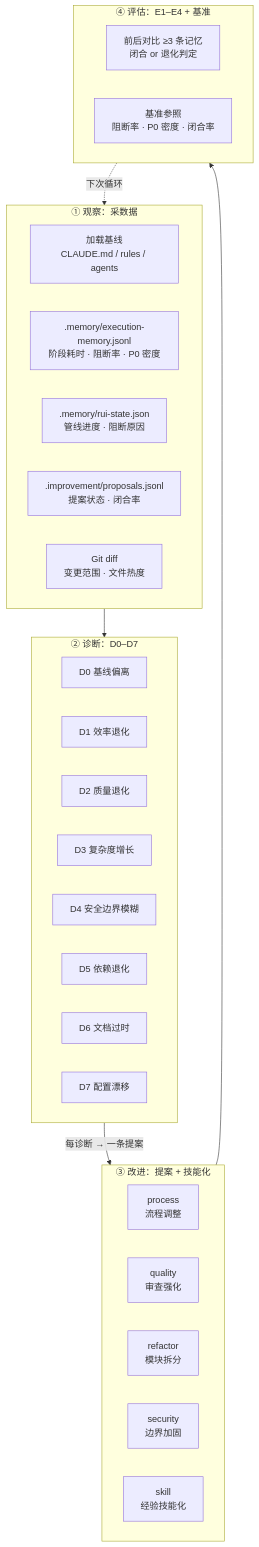
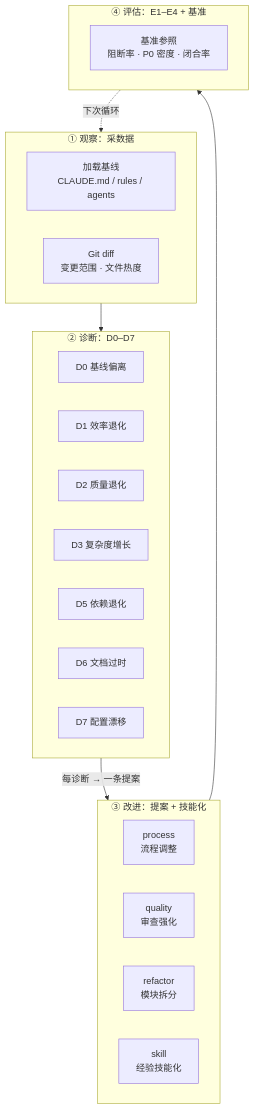
Before and after one commit to effiy/YrY: the first of 6 diagrams in agents/self-improve.md, drawn with Mermaid. The commit also changed other lines of this file and 91 other files, not shown here.

````diff
--- a/agents/self-improve.md
+++ b/agents/self-improve.md
@@ -17,40 +17,34 @@
 ```mermaid
 flowchart TB
     subgraph 观察["① 观察：采数据"]
         BSL["加载基线<br/>CLAUDE.md / rules / agents"]:::src
-        EXEC[".memory/execution-memory.jsonl<br/>阶段耗时 · 阻断率 · P0 密度"]:::data
-        STATE[".memory/rui-state.json<br/>管线进度 · 阻断原因"]:::data
-        PROP[".improvement/proposals.jsonl<br/>提案状态 · 闭合率"]:::data
         GIT["Git diff<br/>变更范围 · 文件热度"]:::data
     end
 
     subgraph 诊断["② 诊断：D0–D7"]
         D0["D0 基线偏离"]:::diag
         D1["D1 效率退化"]:::diag
         D2["D2 质量退化"]:::diag
         D3["D3 复杂度增长"]:::diag
-        D4["D4 安全边界模糊"]:::diag
         D5["D5 依赖退化"]:::diag
         D6["D6 文档过时"]:::diag
         D7["D7 配置漂移"]:::diag
     end
 
     subgraph 改进["③ 改进：提案 + 技能化"]
         PRC["process<br/>流程调整"]:::prop
         QLT["quality<br/>审查强化"]:::prop
         REF["refactor<br/>模块拆分"]:::prop
-        SEC["security<br/>边界加固"]:::prop
         SKL["skill<br/>经验技能化"]:::prop
     end
 
     subgraph 评估["④ 评估：E1–E4 + 基准"]
-        EVAL["前后对比 ≥3 条记忆<br/>闭合 or 退化判定"]:::eval
         BENCH["基准参照<br/>阻断率 · P0 密度 · 闭合率"]:::eval
     end
 
     观察 --> 诊断
     诊断 -->|"每诊断 → 一条提案"| 改进
     改进 --> 评估
     评估 -.->|"下次循环"| 观察
 
 ```
````
